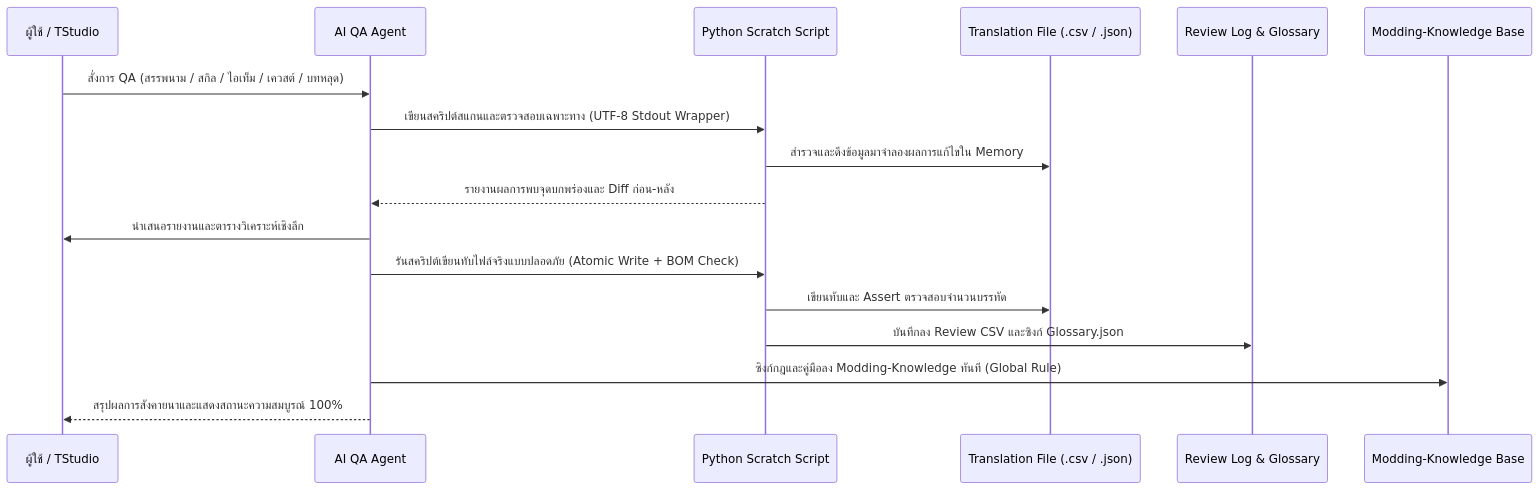
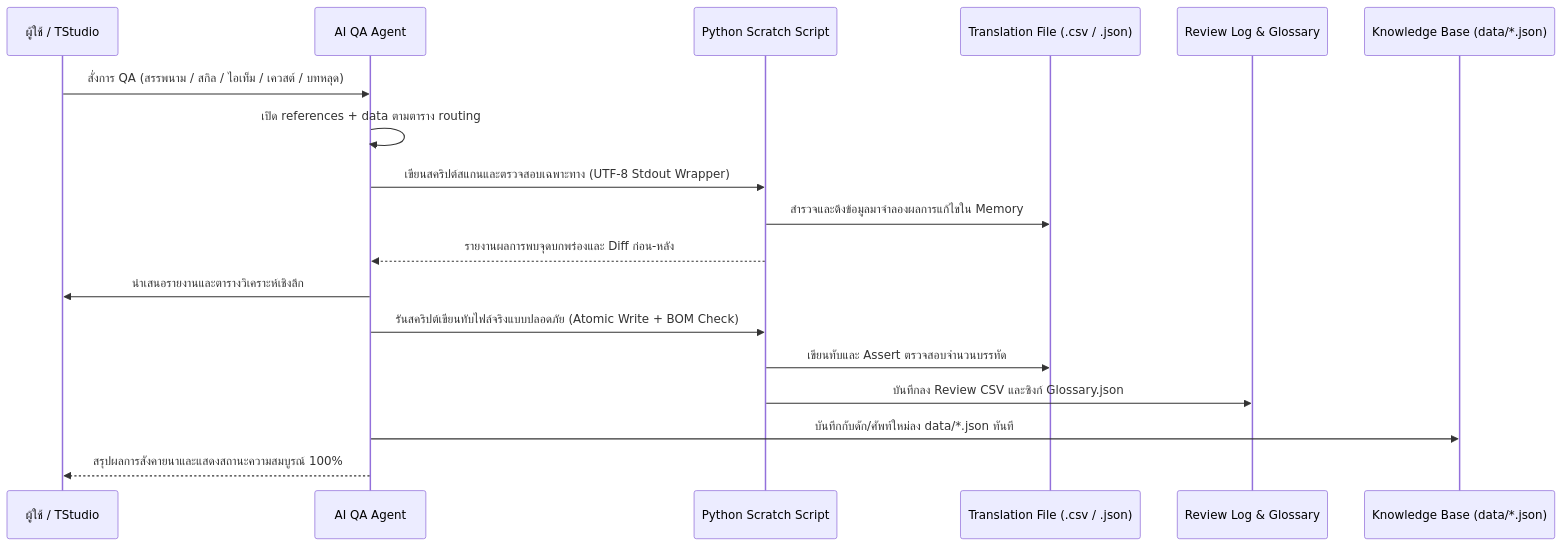
Before and after one commit to AeyXD/game-localization-qa: the second of 2 diagrams in SKILL.md, drawn with Mermaid. The commit also changed other lines of this file and 14 other files, not shown here.

First line of the commit message:
feat: restructure into data-driven architecture with progressive disclosure

````diff
--- a/SKILL.md
+++ b/SKILL.md
@@ -394,20 +61,21 @@
 ```mermaid
 sequenceDiagram
     participant User as ผู้ใช้ / TStudio
     participant Agent as AI QA Agent
     participant Script as Python Scratch Script
     participant File as Translation File (.csv / .json)
     participant Log as Review Log & Glossary
-    participant KB as Modding-Knowledge Base
+    participant KB as Knowledge Base (data/*.json)
 
     User->>Agent: สั่งการ QA (สรรพนาม / สกิล / ไอเท็ม / เควสต์ / บทหลุด)
+    Agent->>Agent: เปิด references + data ตามตาราง routing
     Agent->>Script: เขียนสคริปต์สแกนและตรวจสอบเฉพาะทาง (UTF-8 Stdout Wrapper)
     Script->>File: สำรวจและดึงข้อมูลมาจำลองผลการแก้ไขใน Memory
     Script-->>Agent: รายงานผลการพบจุดบกพร่องและ Diff ก่อน-หลัง
     Agent->>User: นำเสนอรายงานและตารางวิเคราะห์เชิงลึก
     Agent->>Script: รันสคริปต์เขียนทับไฟล์จริงแบบปลอดภัย (Atomic Write + BOM Check)
     Script->>File: เขียนทับและ Assert ตรวจสอบจำนวนบรรทัด
     Script->>Log: บันทึกลง Review CSV และซิงก์ Glossary.json
-    Agent->>KB: ซิงก์กฎและคู่มือลง Modding-Knowledge ทันที (Global Rule)
+    Agent->>KB: บันทึกกับดัก/ศัพท์ใหม่ลง data/*.json ทันที
     Agent-->>User: สรุปผลการสังคายนาและแสดงสถานะความสมบูรณ์ 100%
 ```
````
